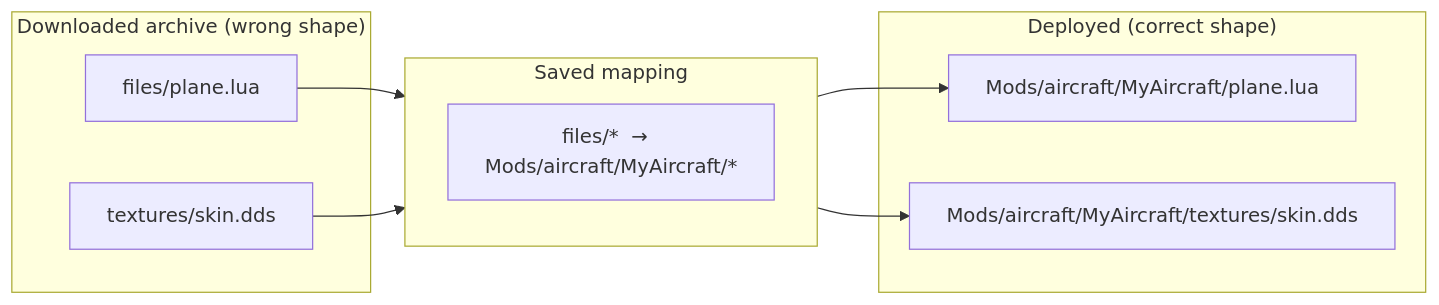
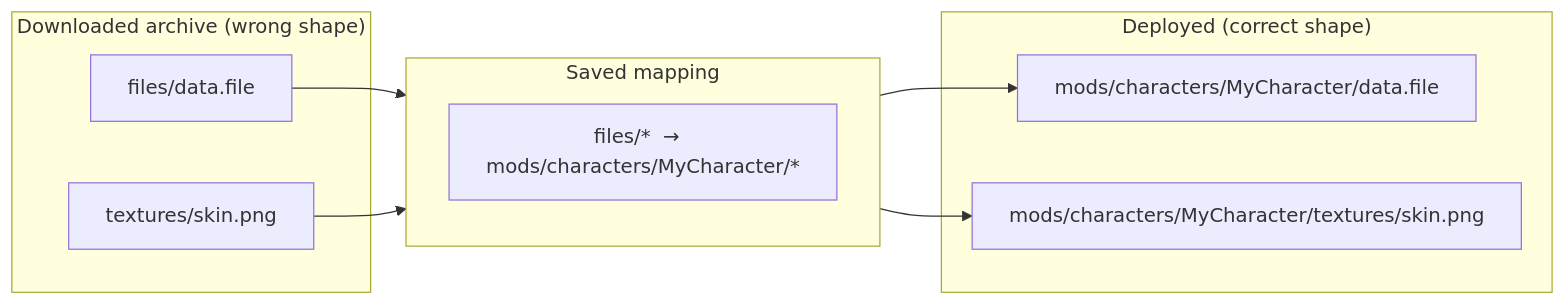
Before and after one commit to FreeProject089/BMM-Docs: the diagram in docs/how-it-works/mapper.md, drawn with Mermaid. The commit also changed other lines of this file and 5 other files, not shown here.

````diff
--- a/docs/how-it-works/mapper.md
+++ b/docs/how-it-works/mapper.md
@@ -27,16 +29,16 @@
 ```mermaid
 flowchart LR
     subgraph Archive["Downloaded archive (wrong shape)"]
-        F1["files/plane.lua"]
-        F2["textures/skin.dds"]
+        F1["files/data.file"]
+        F2["textures/skin.png"]
     end
     subgraph Map["Saved mapping"]
-        M["files/*  →  Mods/aircraft/MyAircraft/*"]
+        M["files/*  →  mods/characters/MyCharacter/*"]
     end
     subgraph Game["Deployed (correct shape)"]
-        G1["Mods/aircraft/MyAircraft/plane.lua"]
-        G2["Mods/aircraft/MyAircraft/textures/skin.dds"]
+        G1["mods/characters/MyCharacter/data.file"]
+        G2["mods/characters/MyCharacter/textures/skin.png"]
     end
     F1 --> Map --> G1
     F2 --> Map --> G2
 ```
````
